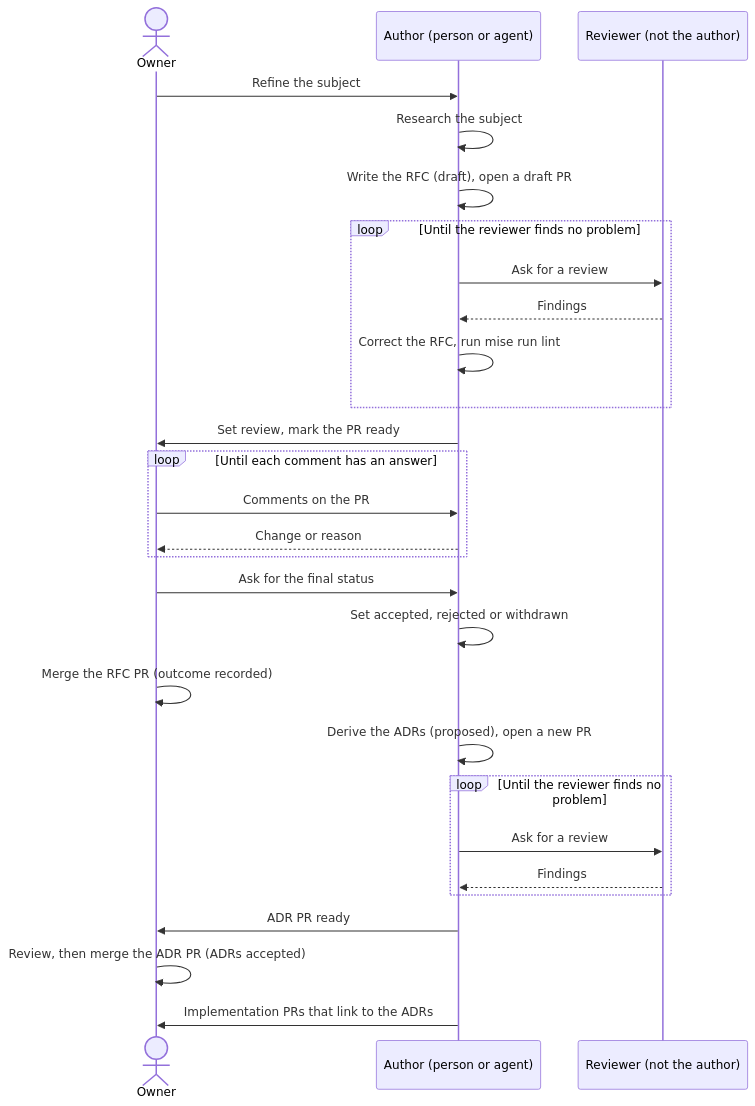
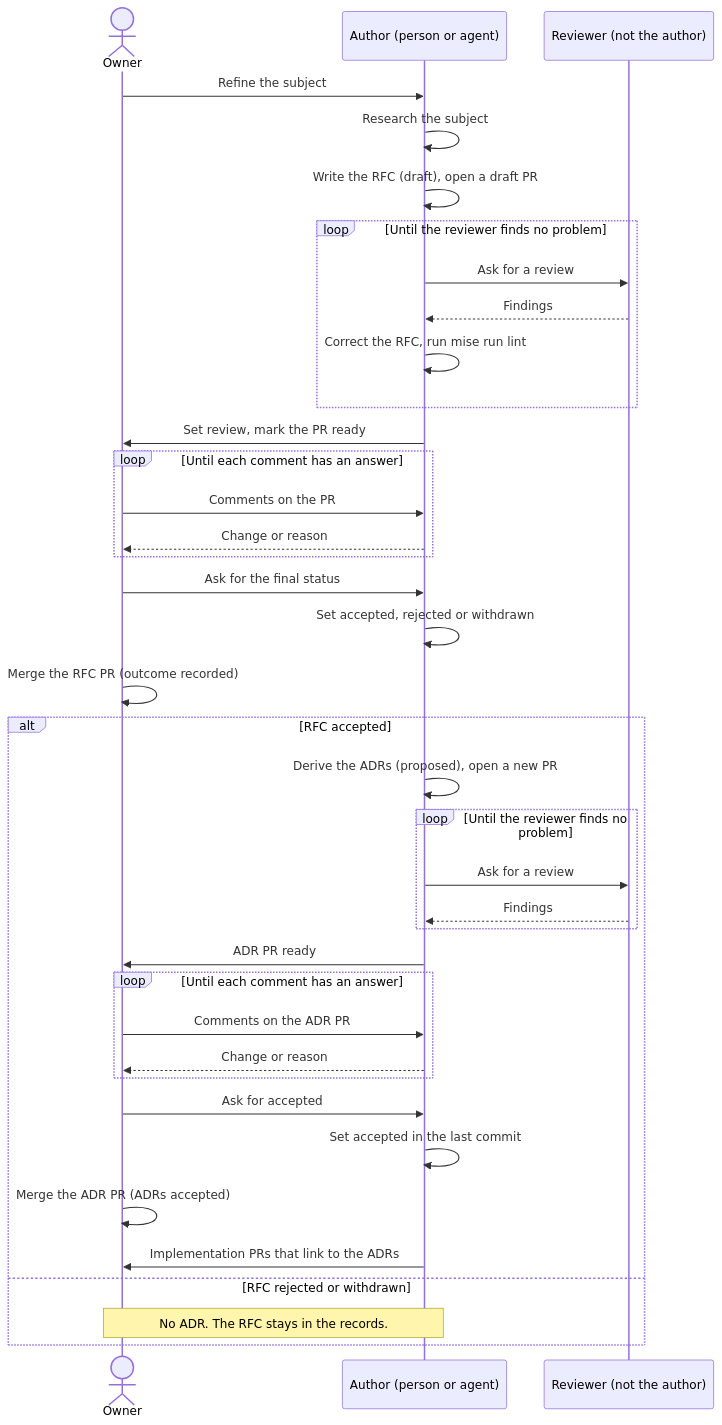
The first of 3 diagrams in docs/records/rfcs/0001-records-process.md (gsuquet/homelab), drawn with Mermaid before and after one commit. The commit also changed other lines of this file, not shown here.

Commit message:
docs(records): set ADR status changes in separate ADR PRs
Superseded and deprecated ADR statuses change in an ADR PR after the later RFC merges as accepted, never in the RFC PR. The sequence diagram derives ADRs only for an accepted RFC and shows the accepted status commit before the ADR merge.

````diff
--- a/docs/records/rfcs/0001-records-process.md
+++ b/docs/records/rfcs/0001-records-process.md
@@ -61,30 +61,40 @@
 ```mermaid
 sequenceDiagram
     actor Owner
     participant Author as Author (person or agent)
     participant Reviewer as Reviewer (not the author)
     Owner->>Author: Refine the subject
     Author->>Author: Research the subject
     Author->>Author: Write the RFC (draft), open a draft PR
     loop Until the reviewer finds no problem
         Author->>Reviewer: Ask for a review
         Reviewer-->>Author: Findings
         Author->>Author: Correct the RFC, run mise run lint
     end
     Author->>Owner: Set review, mark the PR ready
     loop Until each comment has an answer
         Owner->>Author: Comments on the PR
         Author-->>Owner: Change or reason
     end
     Owner->>Author: Ask for the final status
     Author->>Author: Set accepted, rejected or withdrawn
     Owner->>Owner: Merge the RFC PR (outcome recorded)
-    Author->>Author: Derive the ADRs (proposed), open a new PR
-    loop Until the reviewer finds no problem
-        Author->>Reviewer: Ask for a review
-        Reviewer-->>Author: Findings
+    alt RFC accepted
+        Author->>Author: Derive the ADRs (proposed), open a new PR
+        loop Until the reviewer finds no problem
+            Author->>Reviewer: Ask for a review
+            Reviewer-->>Author: Findings
+        end
+        Author->>Owner: ADR PR ready
+        loop Until each comment has an answer
+            Owner->>Author: Comments on the ADR PR
+            Author-->>Owner: Change or reason
+        end
+        Owner->>Author: Ask for accepted
+        Author->>Author: Set accepted in the last commit
+        Owner->>Owner: Merge the ADR PR (ADRs accepted)
+        Author->>Owner: Implementation PRs that link to the ADRs
+    else RFC rejected or withdrawn
+        Note over Owner,Author: No ADR. The RFC stays in the records.
     end
-    Author->>Owner: ADR PR ready
-    Owner->>Owner: Review, then merge the ADR PR (ADRs accepted)
-    Author->>Owner: Implementation PRs that link to the ADRs
 ```
````
